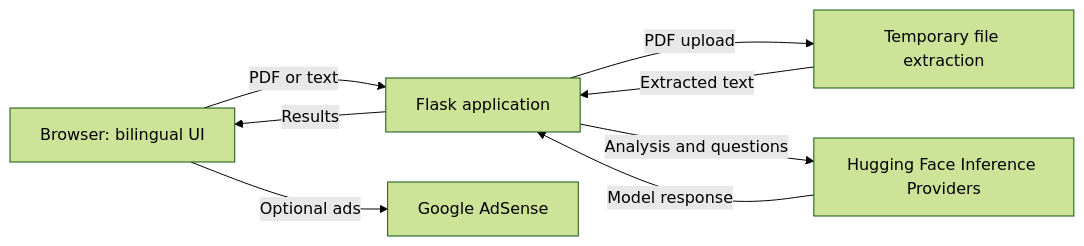
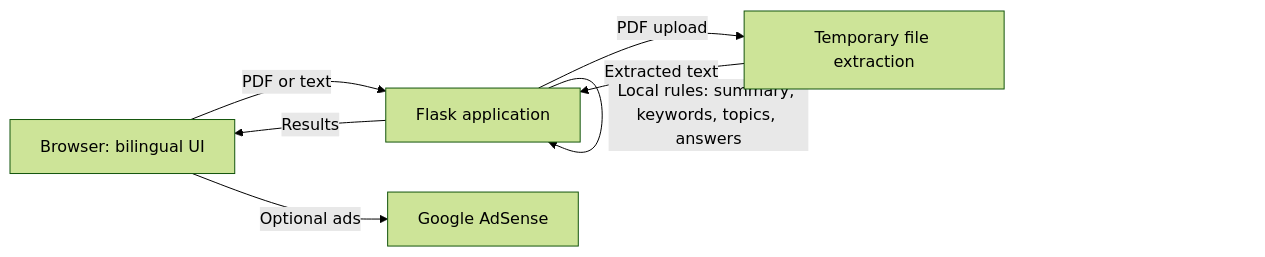
The diagram in README.md (MichaelAcostaDev/Lectoriia), drawn with Mermaid (forest theme) before and after one commit. The commit also changed other lines of this file and 9 other files, not shown here.

Commit message:
I changed everything what had to be with Hugging Face and API KEYS and tokens because they are not free, I changed the logic what maked the analize of the documents and text and become it on a free alternative...

````diff
--- a/README.md
+++ b/README.md
@@ -51,10 +36,9 @@
 ```mermaid
 flowchart LR
     Browser[Browser: bilingual UI] -->|PDF or text| Flask[Flask application]
     Flask -->|PDF upload| Temp[Temporary file extraction]
     Temp -->|Extracted text| Flask
-    Flask -->|Analysis and questions| HF[Hugging Face Inference Providers]
-    HF -->|Model response| Flask
+    Flask -->|Local rules: summary, keywords, topics, answers| Flask
     Flask -->|Results| Browser
     Browser -->|Optional ads| Google[Google AdSense]
 ```
````
